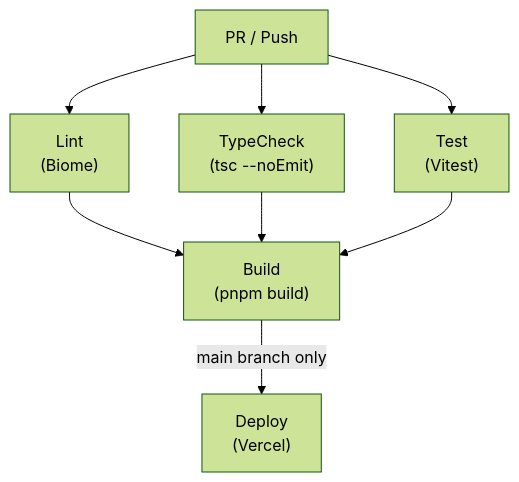
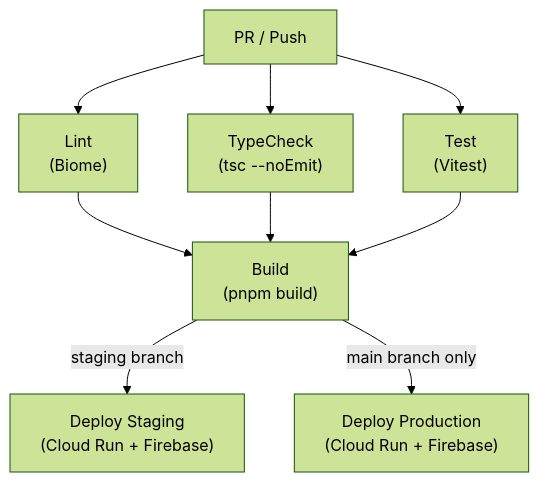
Before and after one commit to krtw00/duel-log-app: the diagram in docs/06-deployment/ci-cd.md, drawn with Mermaid (forest theme). The commit also changed other lines of this file and 41 other files, not shown here.

First line of the commit message:
chore: merge staging into main and remove Vercel integration

````diff
--- a/docs/06-deployment/ci-cd.md
+++ b/docs/06-deployment/ci-cd.md
@@ -31,10 +31,11 @@
 ```mermaid
 flowchart TD
     trigger["PR / Push"] --> lint["Lint<br/>(Biome)"]
     trigger --> typecheck["TypeCheck<br/>(tsc --noEmit)"]
     trigger --> test["Test<br/>(Vitest)"]
     lint --> build["Build<br/>(pnpm build)"]
     typecheck --> build
     test --> build
-    build -->|main branch only| deploy["Deploy<br/>(Vercel)"]
+    build -->|staging branch| staging["Deploy Staging<br/>(Cloud Run + Firebase)"]
+    build -->|main branch only| deploy["Deploy Production<br/>(Cloud Run + Firebase)"]
 ```
````
